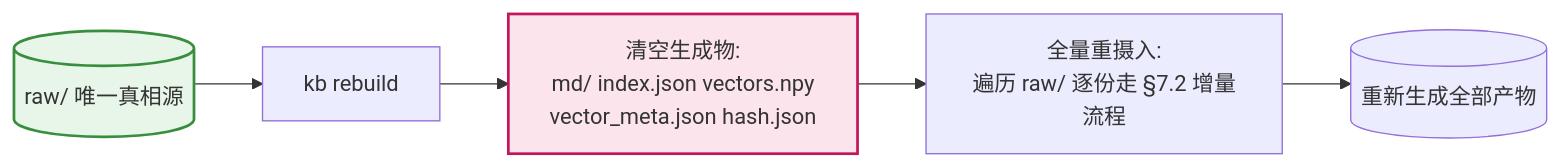
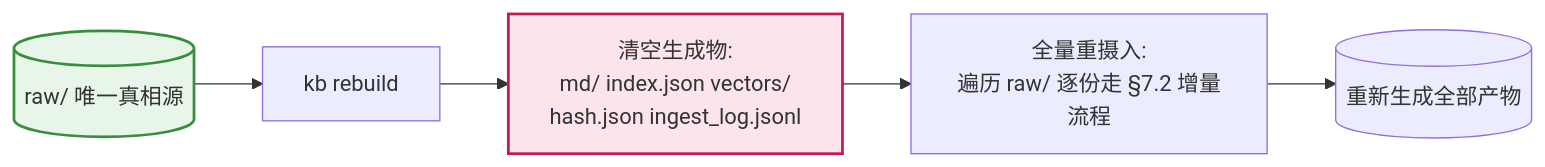
Before and after one commit to Laughingtt/kb-retrieval-sys: the eighth of 8 diagrams in docs/superpowers/specs/2026-07-30-p0-self-updating-kb-platform-design.md, drawn with Mermaid. The commit also changed other lines of this file and 2 other files, not shown here.

````diff
--- a/docs/superpowers/specs/2026-07-30-p0-self-updating-kb-platform-design.md
+++ b/docs/superpowers/specs/2026-07-30-p0-self-updating-kb-platform-design.md
@@ -718,9 +801,9 @@
 ```mermaid
 flowchart LR
     RAW[(raw/ 唯一真相源)] --> RB[kb rebuild]
-    RB --> CLR[清空生成物:<br/>md/ index.json vectors.npy<br/>vector_meta.json hash.json]
+    RB --> CLR[清空生成物:<br/>md/ index.json vectors/<br/>hash.json ingest_log.jsonl]
     CLR --> REING[全量重摄入:<br/>遍历 raw/ 逐份走 §7.2 增量流程]
     REING --> GEN[(重新生成全部产物)]
     style CLR fill:#fce4ec,stroke:#c2185b,stroke-width:2px
     style RAW fill:#e8f5e9,stroke:#388e3c,stroke-width:2px
 ```
````
